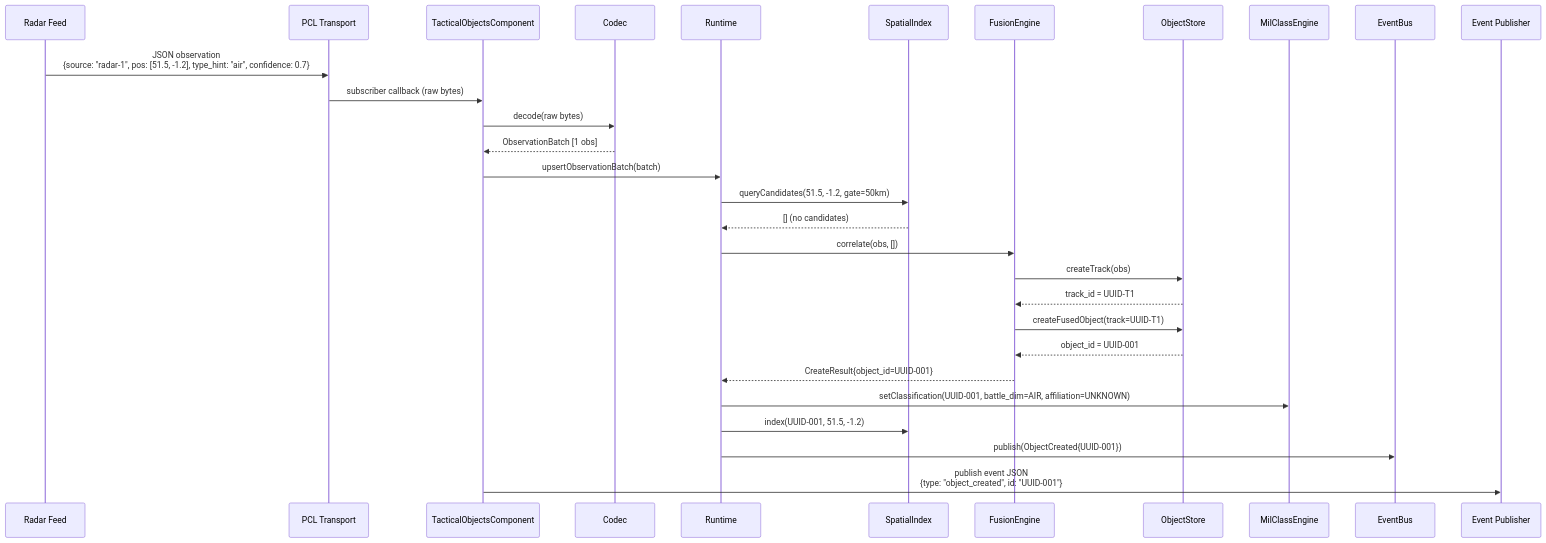
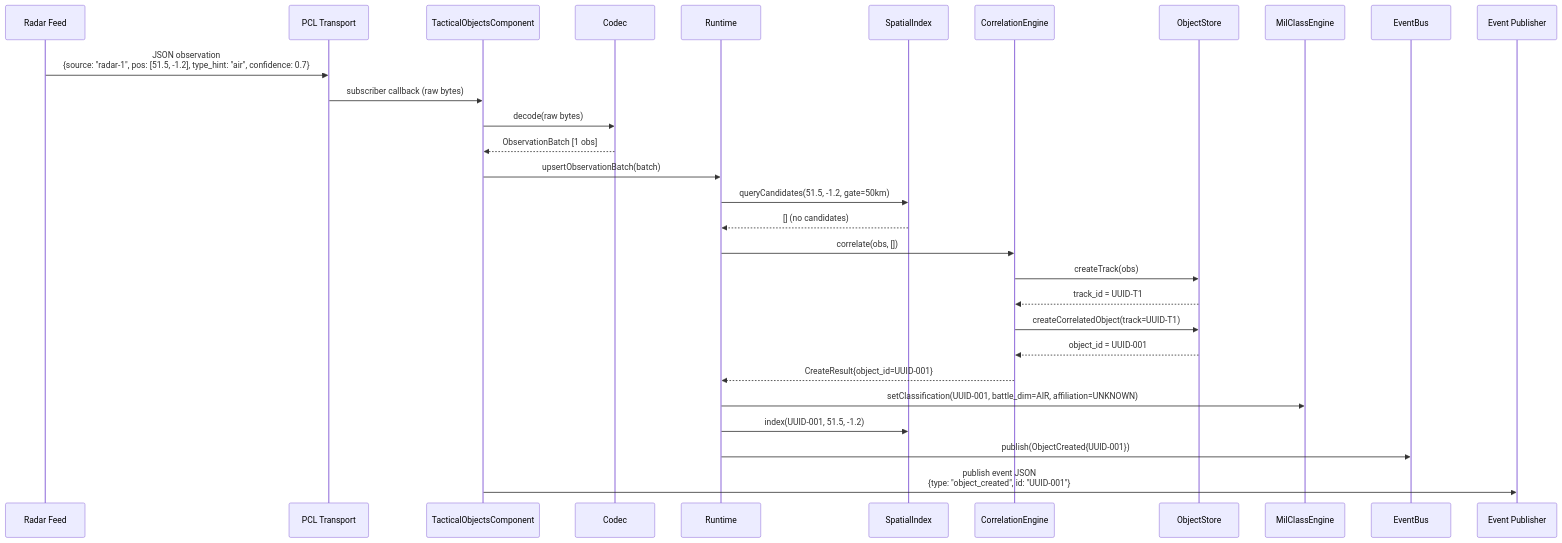
Before and after one commit to Ackoogin/mujin: the tenth of 16 diagrams in pyramid/tactical_objects/ARCHITECTURE.md, drawn with Mermaid. The commit also changed other lines of this file and 52 other files, not shown here.

````diff
--- a/pyramid/tactical_objects/ARCHITECTURE.md
+++ b/pyramid/tactical_objects/ARCHITECTURE.md
@@ -351,32 +351,32 @@
 ```mermaid
 sequenceDiagram
     participant Radar as Radar Feed
     participant Trans as PCL Transport
     participant Comp as TacticalObjectsComponent
     participant Codec as Codec
     participant RT as Runtime
     participant SI as SpatialIndex
-    participant FE as FusionEngine
+    participant FE as CorrelationEngine
     participant OS as ObjectStore
     participant MC as MilClassEngine
     participant EB as EventBus
     participant Pub as Event Publisher
 
     Radar->>Trans: JSON observation<br/>{source: "radar-1", pos: [51.5, -1.2], type_hint: "air", confidence: 0.7}
     Trans->>Comp: subscriber callback (raw bytes)
     Comp->>Codec: decode(raw bytes)
     Codec-->>Comp: ObservationBatch [1 obs]
     Comp->>RT: upsertObservationBatch(batch)
     RT->>SI: queryCandidates(51.5, -1.2, gate=50km)
     SI-->>RT: [] (no candidates)
     RT->>FE: correlate(obs, [])
     FE->>OS: createTrack(obs)
     OS-->>FE: track_id = UUID-T1
-    FE->>OS: createFusedObject(track=UUID-T1)
+    FE->>OS: createCorrelatedObject(track=UUID-T1)
     OS-->>FE: object_id = UUID-001
     FE-->>RT: CreateResult{object_id=UUID-001}
     RT->>MC: setClassification(UUID-001, battle_dim=AIR, affiliation=UNKNOWN)
     RT->>SI: index(UUID-001, 51.5, -1.2)
     RT->>EB: publish(ObjectCreated{UUID-001})
     Comp->>Pub: publish event JSON<br/>{type: "object_created", id: "UUID-001"}
 ```
````
